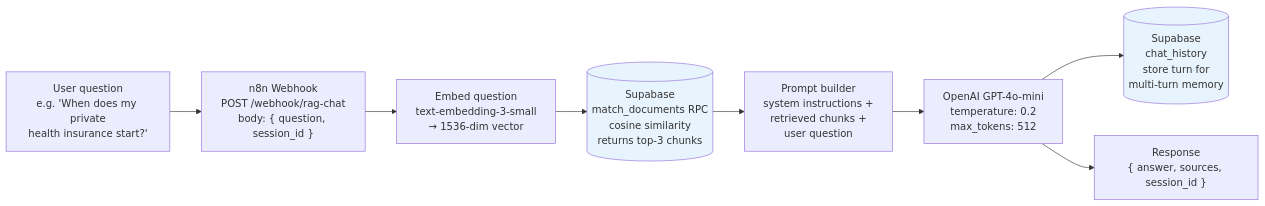
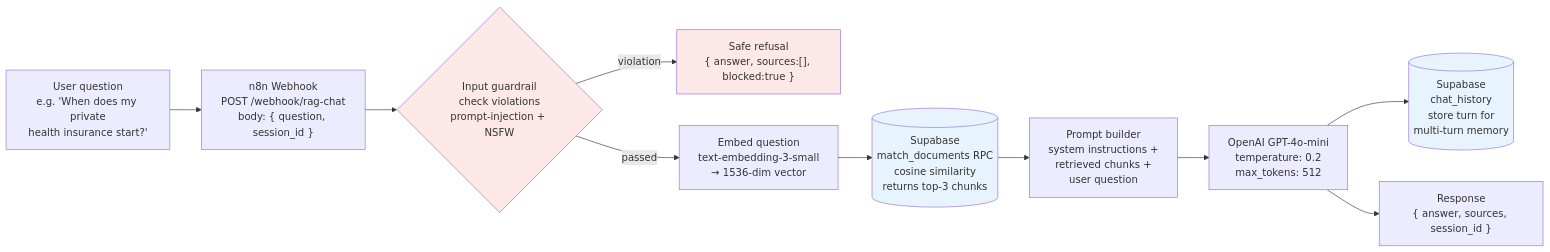
The second of 3 diagrams in docs/architecture.md (FlowFusionAI/hr-onboarding-rag), drawn with Mermaid before and after one commit. The commit also changed other lines of this file and 12 other files, not shown here.

First line of the commit message:
feat: Phase 6 complete -- input guardrail (Jailbreak + NSFW, fail-closed) with adversarial safety eval

````diff
--- a/docs/architecture.md
+++ b/docs/architecture.md
@@ -34,14 +34,18 @@
 ```mermaid
 flowchart LR
     U["User question\ne.g. 'When does my private\nhealth insurance start?'"]
     U --> W["n8n Webhook\nPOST /webhook/rag-chat\nbody: { question, session_id }"]
-    W --> E["Embed question\ntext-embedding-3-small\n→ 1536-dim vector"]
+    W --> GR{"Input guardrail\ncheck violations\nprompt-injection + NSFW"}
+    GR -->|violation| RF["Safe refusal\n{ answer, sources:[], blocked:true }"]
+    GR -->|passed| E["Embed question\ntext-embedding-3-small\n→ 1536-dim vector"]
     E --> VS[("Supabase\nmatch_documents RPC\ncosine similarity\nreturns top-3 chunks")]
     VS --> P["Prompt builder\nsystem instructions +\nretrieved chunks +\nuser question"]
     P --> LLM["OpenAI GPT-4o-mini\ntemperature: 0.2\nmax_tokens: 512"]
     LLM --> MEM[("Supabase\nchat_history\nstore turn for\nmulti-turn memory")]
     LLM --> R["Response\n{ answer, sources, session_id }"]
 
     style VS fill:#e8f4fd
     style MEM fill:#e8f4fd
+    style GR fill:#fde8e8
+    style RF fill:#fde8e8
 ```
````
